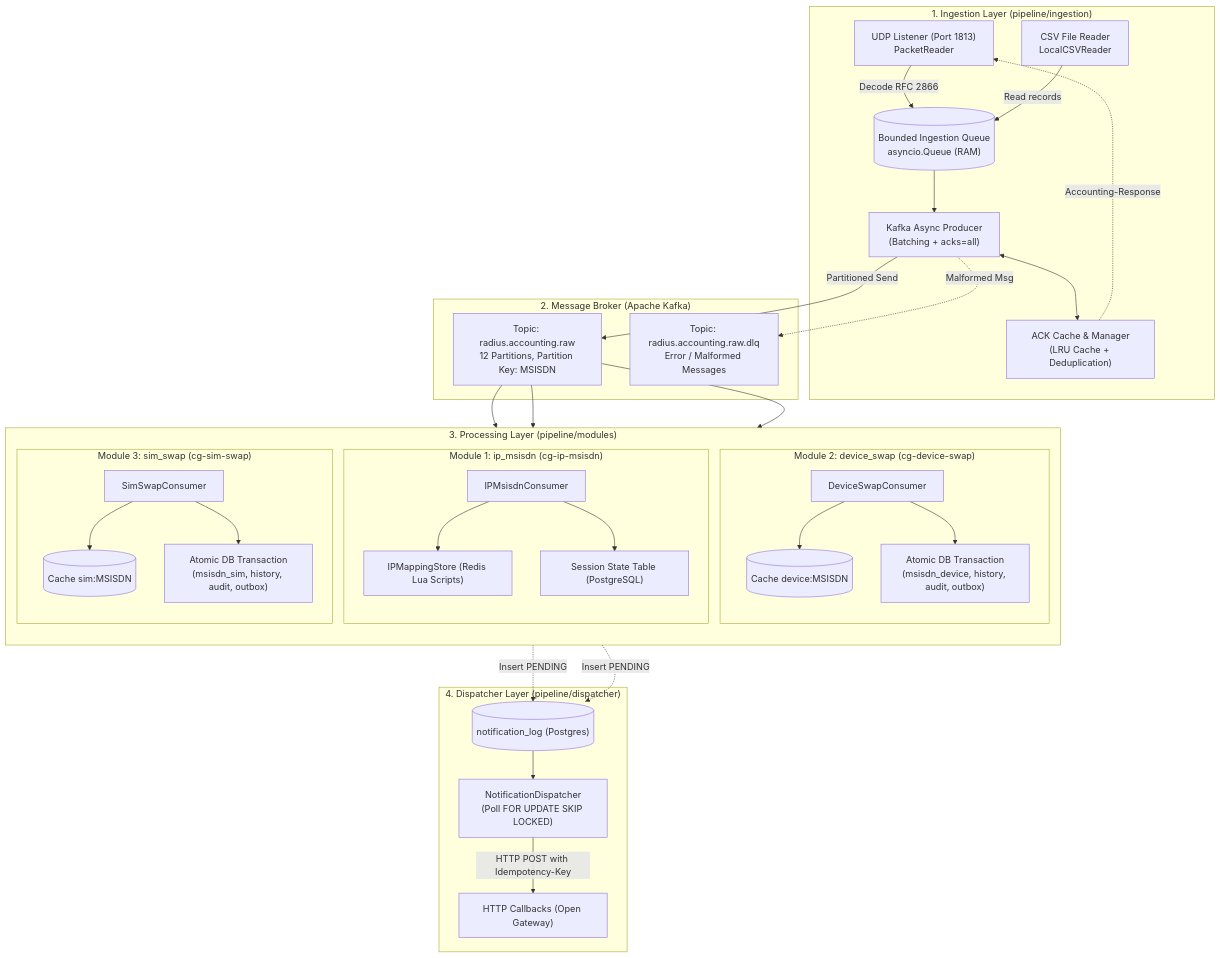
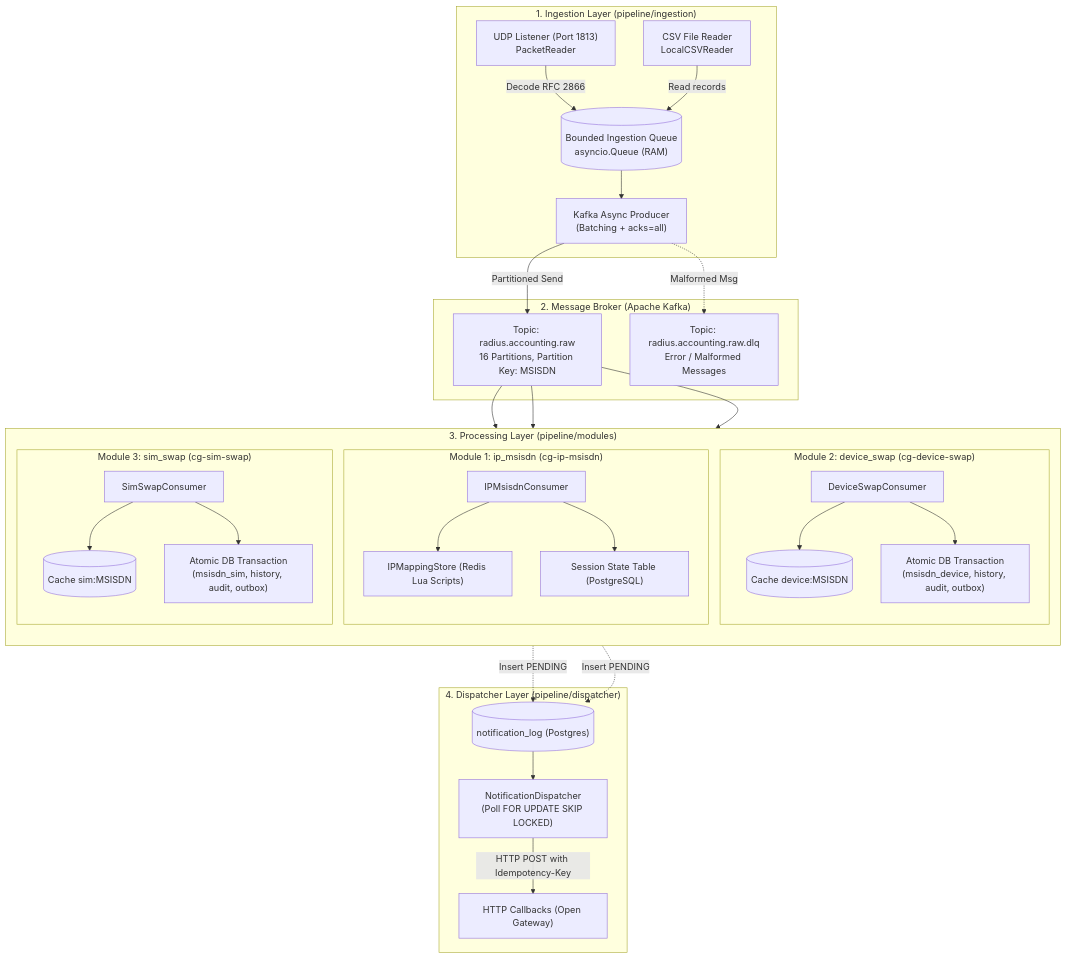
The first of 2 diagrams in pipeline/README.md (chuyenvanhust/camara-pipeline), drawn with Mermaid before and after one commit. The commit also changed other lines of this file and 33 other files, not shown here.

````diff
--- a/pipeline/README.md
+++ b/pipeline/README.md
@@ -9,65 +9,62 @@
 ```mermaid
 flowchart TD
     subgraph INGESTION["1. Ingestion Layer (pipeline/ingestion)"]
         UDP["UDP Listener (Port 1813)<br/>PacketReader"]
         CSVPROD["CSV File Reader<br/>LocalCSVReader"]
         QUEUE[("Bounded Ingestion Queue<br/>asyncio.Queue (RAM)")]
         KPROD["Kafka Async Producer<br/>(Batching + acks=all)"]
-        ACKMGMT["ACK Cache & Manager<br/>(LRU Cache + Deduplication)"]
         
         UDP -->|Decode RFC 2866| QUEUE
         CSVPROD -->|Read records| QUEUE
         QUEUE --> KPROD
-        KPROD <--> ACKMGMT
-        ACKMGMT -.->|Accounting-Response| UDP
     end
 
     subgraph BROKER["2. Message Broker (Apache Kafka)"]
-        TOPIC["Topic: radius.accounting.raw<br/>12 Partitions, Partition Key: MSISDN"]
+        TOPIC["Topic: radius.accounting.raw<br/>16 Partitions, Partition Key: MSISDN"]
         DLQ["Topic: radius.accounting.raw.dlq<br/>Error / Malformed Messages"]
         
         KPROD -->|Partitioned Send| TOPIC
         KPROD -.->|Malformed Msg| DLQ
     end
 
     subgraph PROCESSING["3. Processing Layer (pipeline/modules)"]
         direction TB
         subgraph IPMSISDN["Module 1: ip_msisdn (cg-ip-msisdn)"]
             IP_CONS["IPMsisdnConsumer"]
             IP_STORE["IPMappingStore (Redis Lua Scripts)"]
             IP_DB["Session State Table (PostgreSQL)"]
             IP_CONS --> IP_STORE
             IP_CONS --> IP_DB
         end
 
         subgraph DEVICESWAP["Module 2: device_swap (cg-device-swap)"]
             DEV_CONS["DeviceSwapConsumer"]
             DEV_CACHE[("Cache device:MSISDN")]
             DEV_TX["Atomic DB Transaction<br/>(msisdn_device, history, audit, outbox)"]
             DEV_CONS --> DEV_CACHE
             DEV_CONS --> DEV_TX
         end
 
         subgraph SIMSWAP["Module 3: sim_swap (cg-sim-swap)"]
             SIM_CONS["SimSwapConsumer"]
             SIM_CACHE[("Cache sim:MSISDN")]
             SIM_TX["Atomic DB Transaction<br/>(msisdn_sim, history, audit, outbox)"]
             SIM_CONS --> SIM_CACHE
             SIM_CONS --> SIM_TX
         end
 
         TOPIC --> IP_CONS
         TOPIC --> DEV_CONS
         TOPIC --> SIM_CONS
     end
 
     subgraph DISPATCH["4. Dispatcher Layer (pipeline/dispatcher)"]
         NOTIF_WORKER["NotificationDispatcher<br/>(Poll FOR UPDATE SKIP LOCKED)"]
         WEBHOOK["HTTP Callbacks (Open Gateway)"]
         
         DEV_TX -.->|Insert PENDING| OUTBOX_TBL[("notification_log (Postgres)")]
         SIM_TX -.->|Insert PENDING| OUTBOX_TBL
         OUTBOX_TBL --> NOTIF_WORKER
         NOTIF_WORKER -->|HTTP POST with Idempotency-Key| WEBHOOK
     end
 ```
````
